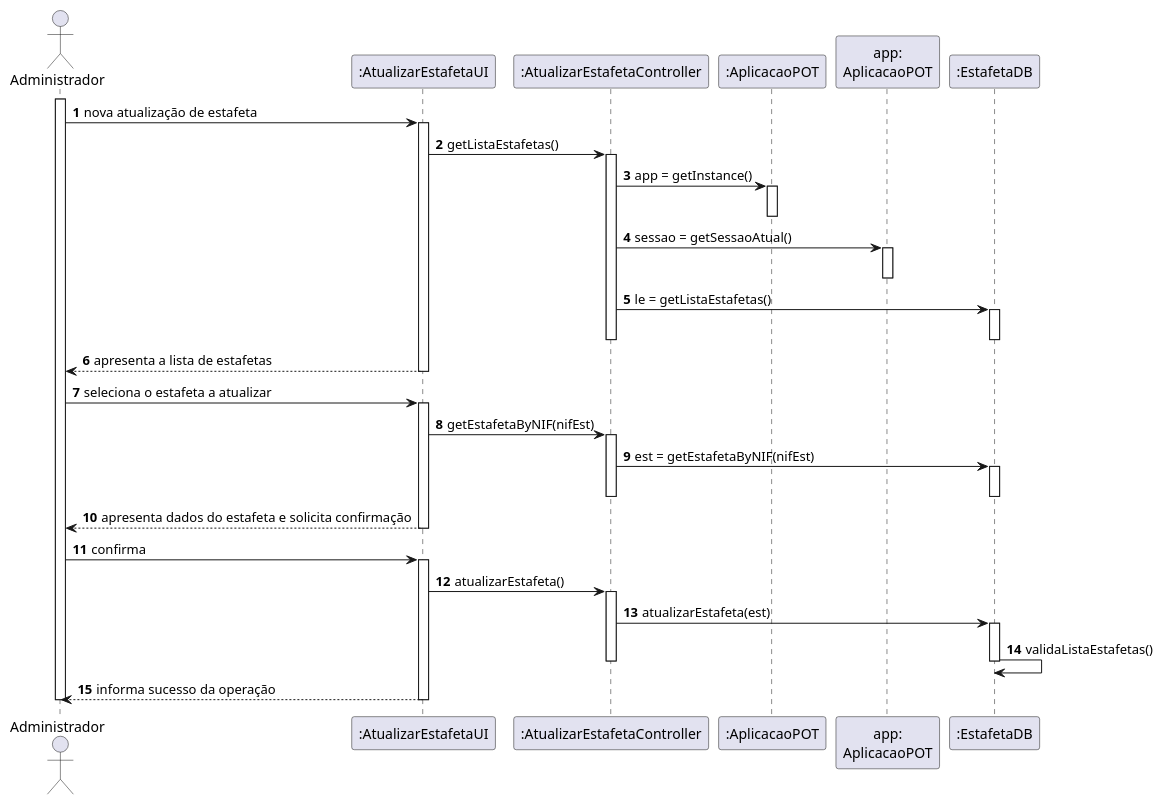
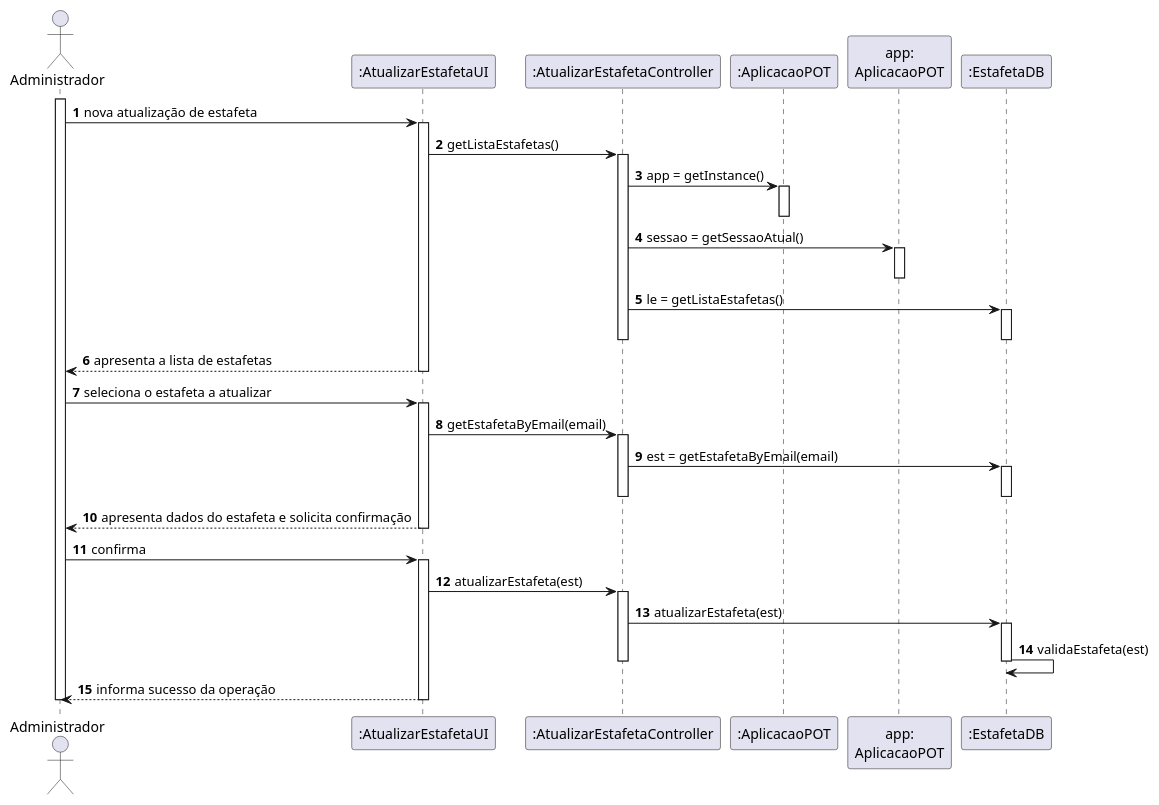
One commit to pedrolemos4/LAPR3 changed the diagram in docs/UC85/UC85_AtualizarEstafetaSD.puml. Above: the diagram before and after it, drawn with PlantUML. The commit also changed 5 other files, not shown here.

Commit message:
LAP3AP4-89 #close Atualizar Estafeta [Review]

```diff
--- a/docs/UC85/UC85_AtualizarEstafetaSD.puml
+++ b/docs/UC85/UC85_AtualizarEstafetaSD.puml
@@ -1,59 +1,59 @@
 @startuml
 autonumber
 
 actor "Administrador" as ADM
 participant ":AtualizarEstafetaUI" as UI
 participant ":AtualizarEstafetaController" as CTL
 participant ":AplicacaoPOT" as _APP
 participant "app:\nAplicacaoPOT" as APP
 participant ":EstafetaDB" as EDB
 
 activate ADM
 ADM -> UI : nova atualização de estafeta
 activate UI
 UI -> CTL : getListaEstafetas()
 activate CTL
 CTL -> _APP : app = getInstance()
 activate _APP
 deactivate _APP
 CTL -> APP : sessao = getSessaoAtual()
 activate APP
 deactivate APP
 
 CTL -> EDB : le = getListaEstafetas()
 activate EDB
 deactivate EDB
 
 deactivate CTL
 
 UI --> ADM : apresenta a lista de estafetas
 deactivate UI
 ADM -> UI : seleciona o estafeta a atualizar
 activate UI
-UI -> CTL : getEstafetaByNIF(nifEst)
+UI -> CTL : getEstafetaByEmail(email)
 activate CTL
-CTL -> EDB : est = getEstafetaByNIF(nifEst)
+CTL -> EDB : est = getEstafetaByEmail(email)
 
 activate EDB
 deactivate EDB
 deactivate CTL
 UI --> ADM : apresenta dados do estafeta e solicita confirmação
 deactivate UI
 ADM -> UI : confirma
 activate UI
-UI -> CTL : atualizarEstafeta()
+UI -> CTL : atualizarEstafeta(est)
 
 activate CTL
 
 CTL -> EDB : atualizarEstafeta(est)
 activate EDB
-EDB -> EDB : validaListaEstafetas()
+EDB -> EDB : validaEstafeta(est)
 
 
 deactivate EDB
 deactivate CTL
 
 UI --> ADM: informa sucesso da operação
 deactivate UI
 deactivate ADM
 @enduml
```
